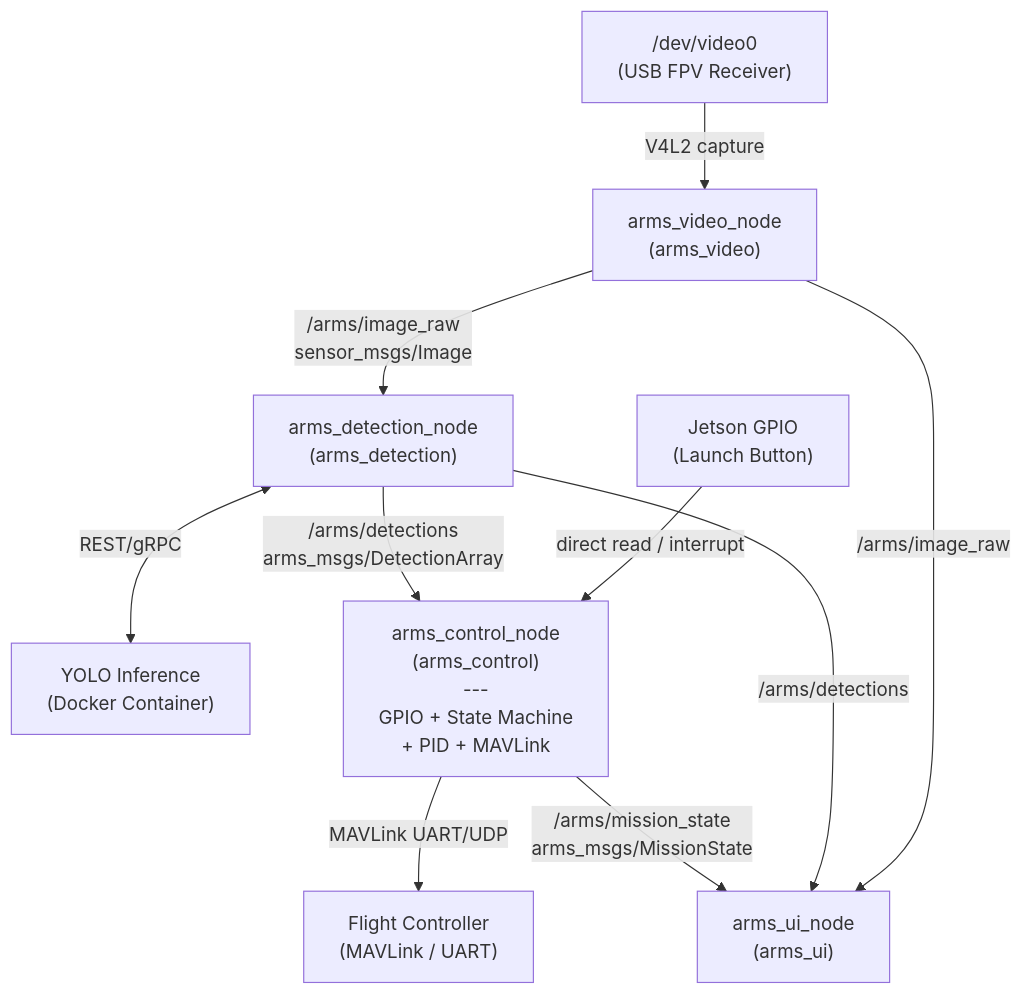
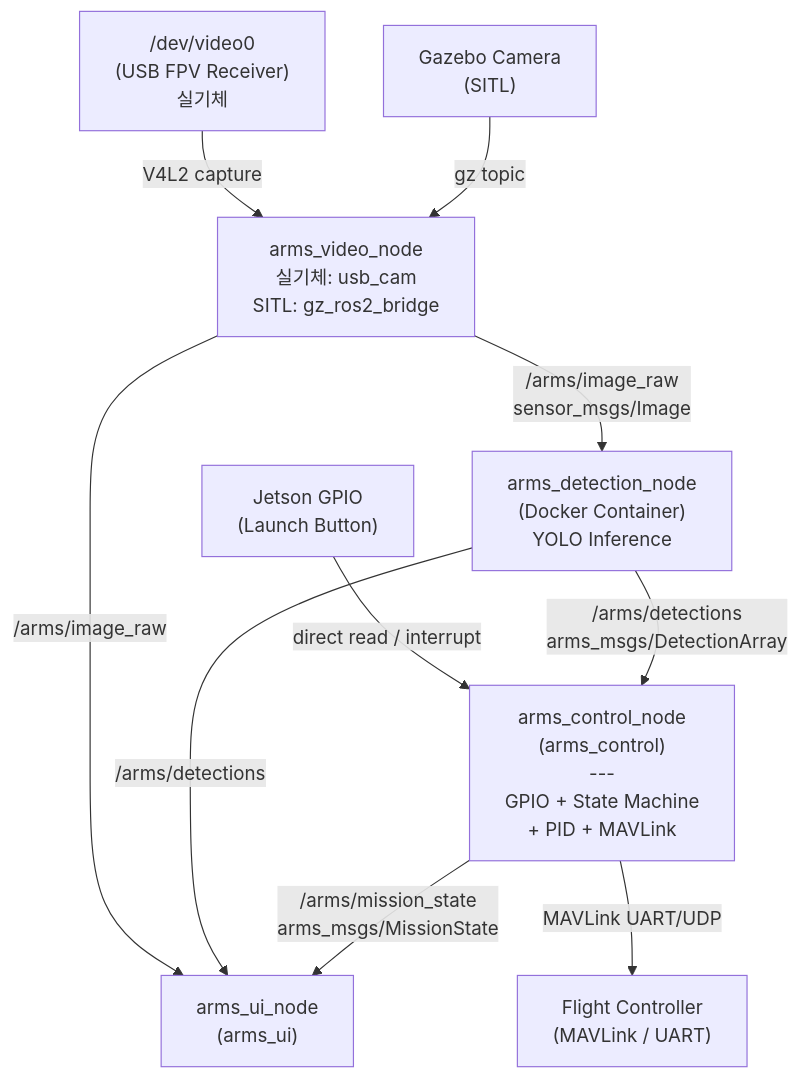
The first of 3 diagrams in SW/DESIGN.md (tokhun2002/A.R.M.S.-Anti-drone-Reusable-Modular-System-), drawn with Mermaid before and after one commit. The commit also changed other lines of this file and 4 other files, not shown here.

````diff
--- a/SW/DESIGN.md
+++ b/SW/DESIGN.md
@@ -67,22 +58,22 @@
 ```mermaid
 graph TD
-    V4L2["/dev/video0<br/>(USB FPV Receiver)"]
+    V4L2["/dev/video0<br/>(USB FPV Receiver)<br/>실기체"]
+    GAZEBO["Gazebo Camera<br/>(SITL)"]
     GPIO["Jetson GPIO<br/>(Launch Button)"]
 
-    VN["arms_video_node<br/>(arms_video)"]
-    DN["arms_detection_node<br/>(arms_detection)"]
-    DOCKER["YOLO Inference<br/>(Docker Container)"]
+    VN["arms_video_node<br/>실기체: usb_cam<br/>SITL: gz_ros2_bridge"]
+    DN["arms_detection_node<br/>(Docker Container)<br/>YOLO Inference"]
     CN["arms_control_node<br/>(arms_control)<br/>---<br/>GPIO + State Machine<br/>+ PID + MAVLink"]
     UN["arms_ui_node<br/>(arms_ui)"]
     FC["Flight Controller<br/>(MAVLink / UART)"]
 
     V4L2 -->|V4L2 capture| VN
+    GAZEBO -->|gz topic| VN
     GPIO -->|direct read / interrupt| CN
     VN -->|/arms/image_raw<br/>sensor_msgs/Image| DN
     VN -->|/arms/image_raw| UN
-    DN <-->|"REST/gRPC"| DOCKER
     DN -->|/arms/detections<br/>arms_msgs/DetectionArray| CN
     DN -->|/arms/detections| UN
     CN -->|/arms/mission_state<br/>arms_msgs/MissionState| UN
     CN -->|MAVLink UART/UDP| FC
 ```
````
